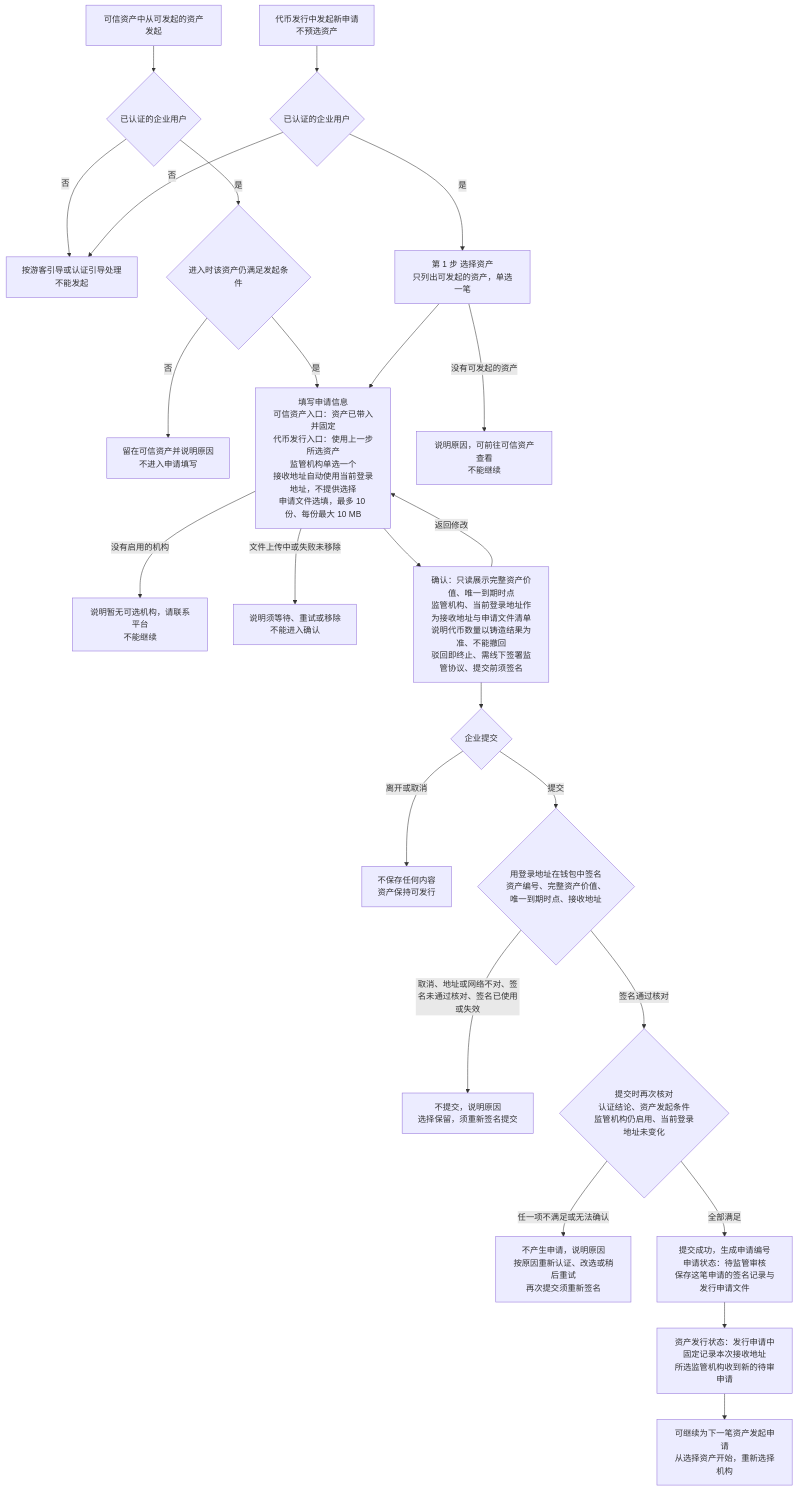
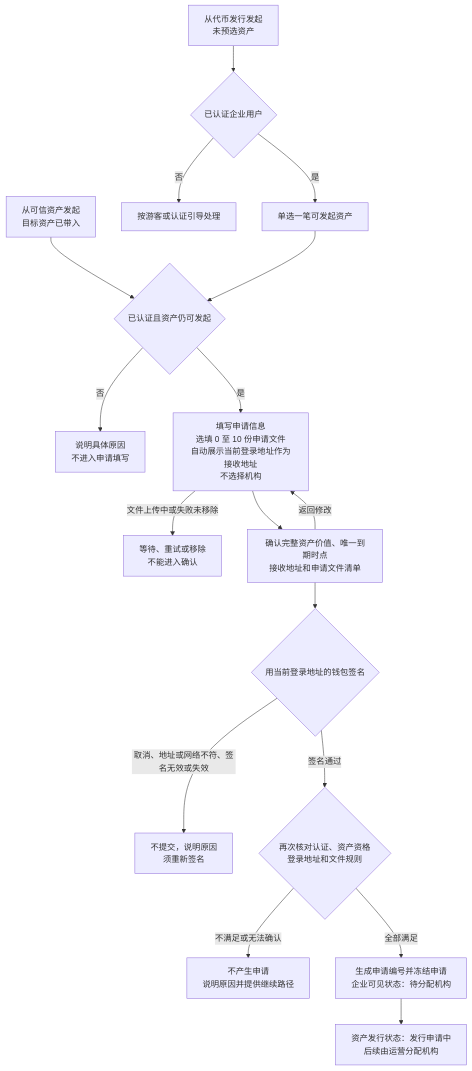
Before and after one commit to wxblockchain/Chain-Financing: the first of 3 diagrams in token-issuance-platform/PRD/面客端/M3a-代币发行-企业申请/02-代币发行-企业申请-流程图与状态机.md, drawn with Mermaid. The commit also changed other lines of this file and 4 other files, not shown here.

````diff
--- a/token-issuance-platform/PRD/面客端/M3a-代币发行-企业申请/02-代币发行-企业申请-流程图与状态机.md
+++ b/token-issuance-platform/PRD/面客端/M3a-代币发行-企业申请/02-代币发行-企业申请-流程图与状态机.md
@@ -16,27 +16,19 @@
 ```mermaid
 flowchart TD
-    A1[可信资产中从可发起的资产发起] --> BA{已认证的企业用户}
-    BA -->|否| B1
-    BA -->|是| V{进入时该资产仍满足发起条件}
-    V -->|否| V1[留在可信资产并说明原因<br/>不进入申请填写]
-    V -->|是| D
-    A2[代币发行中发起新申请<br/>不预选资产] --> B
-    B{已认证的企业用户}
-    B -->|否| B1[按游客引导或认证引导处理<br/>不能发起]
-    B -->|是| C[第 1 步 选择资产<br/>只列出可发起的资产，单选一笔]
-    C -->|没有可发起的资产| C1[说明原因，可前往可信资产查看<br/>不能继续]
-    C --> D[填写申请信息<br/>可信资产入口：资产已带入并固定<br/>代币发行入口：使用上一步所选资产<br/>监管机构单选一个<br/>接收地址自动使用当前登录地址，不提供选择<br/>申请文件选填，最多 10 份、每份最大 10 MB]
-    D -->|没有启用的机构| D1[说明暂无可选机构，请联系平台<br/>不能继续]
-    D -->|文件上传中或失败未移除| D2[说明须等待、重试或移除<br/>不能进入确认]
-    D --> F[确认：只读展示完整资产价值、唯一到期时点<br/>监管机构、当前登录地址作为接收地址与申请文件清单<br/>说明代币数量以铸造结果为准、不能撤回<br/>驳回即终止、需线下签署监管协议、提交前须签名]
-    F -->|返回修改| D
-    F --> G{企业提交}
-    G -->|离开或取消| G1[不保存任何内容<br/>资产保持可发行]
-    G -->|提交| S{用登录地址在钱包中签名<br/>资产编号、完整资产价值、唯一到期时点、接收地址}
-    S -->|取消、地址或网络不对、签名未通过核对、签名已使用或失效| S1[不提交，说明原因<br/>选择保留，须重新签名提交]
-    S -->|签名通过核对| H{提交时再次核对<br/>认证结论、资产发起条件<br/>监管机构仍启用、当前登录地址未变化}
-    H -->|任一项不满足或无法确认| H1[不产生申请，说明原因<br/>按原因重新认证、改选或稍后重试<br/>再次提交须重新签名]
-    H -->|全部满足| I[提交成功，生成申请编号<br/>申请状态：待监管审核<br/>保存这笔申请的签名记录与发行申请文件]
-    I --> J[资产发行状态：发行申请中<br/>固定记录本次接收地址<br/>所选监管机构收到新的待审申请]
-    J --> K[可继续为下一笔资产发起申请<br/>从选择资产开始，重新选择机构]
+    A1[从可信资产发起<br/>目标资产已带入] --> B{已认证且资产仍可发起}
+    A2[从代币发行发起<br/>未预选资产] --> C{已认证企业用户}
+    C -->|否| C1[按游客或认证引导处理]
+    C -->|是| D[单选一笔可发起资产]
+    D --> B
+    B -->|否| B1[说明具体原因<br/>不进入申请填写]
+    B -->|是| E[填写申请信息<br/>选填 0 至 10 份申请文件<br/>自动展示当前登录地址作为接收地址<br/>不选择机构]
+    E -->|文件上传中或失败未移除| E1[等待、重试或移除<br/>不能进入确认]
+    E --> F[确认完整资产价值、唯一到期时点<br/>接收地址和申请文件清单]
+    F -->|返回修改| E
+    F --> G{用当前登录地址的钱包签名}
+    G -->|取消、地址或网络不符、签名无效或失效| G1[不提交，说明原因<br/>须重新签名]
+    G -->|签名通过| H{再次核对认证、资产资格<br/>登录地址和文件规则}
+    H -->|不满足或无法确认| H1[不产生申请<br/>说明原因并提供继续路径]
+    H -->|全部满足| I[生成申请编号并冻结申请<br/>企业可见状态：待分配机构]
+    I --> J[资产发行状态：发行申请中<br/>后续由运营分配机构]
 ```
````
